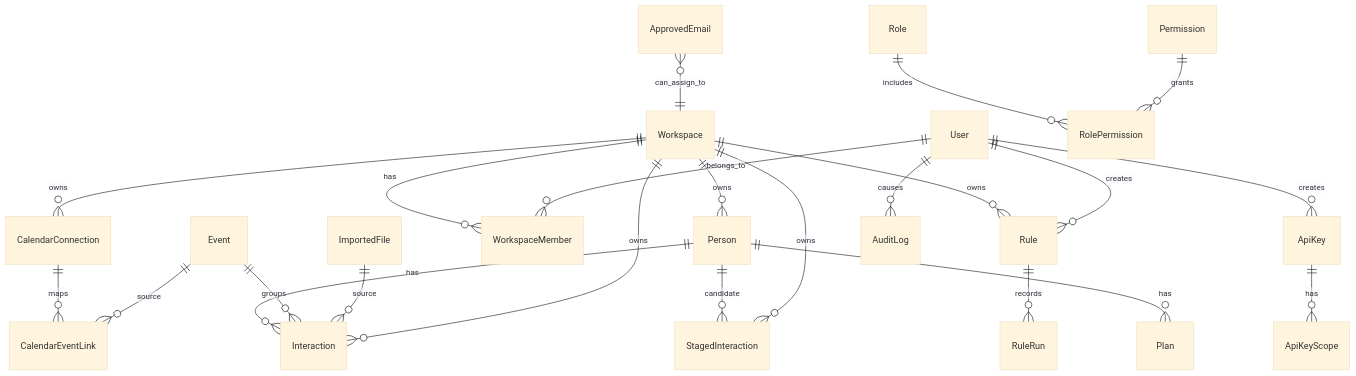
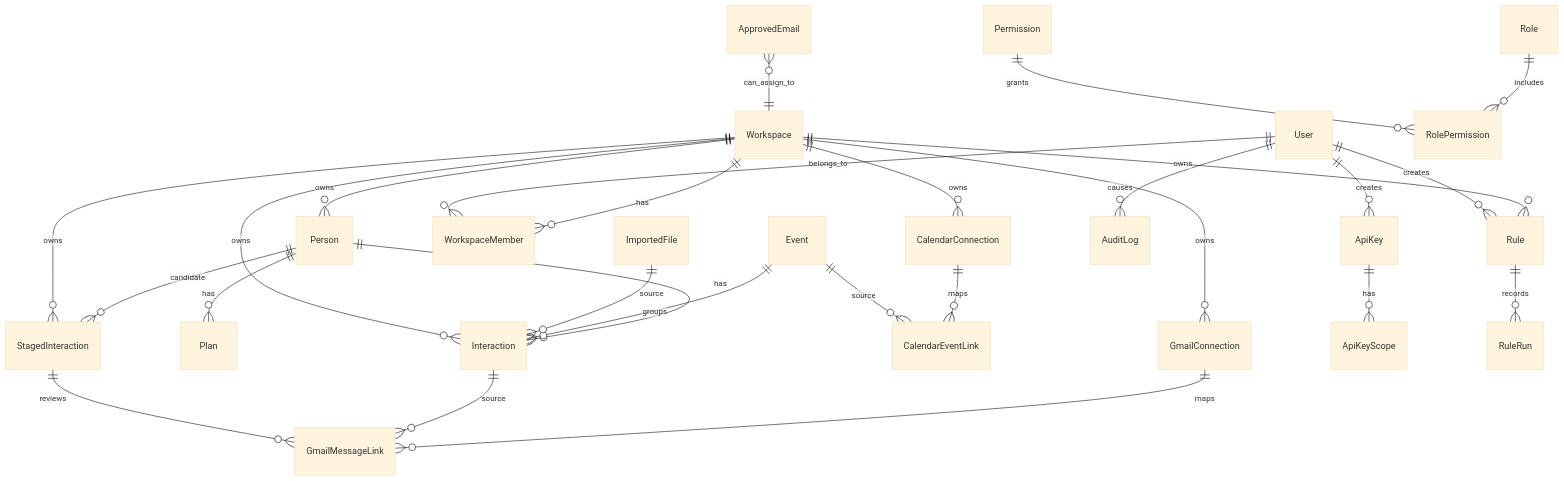
Before and after one commit to josephdfryer/life-os: diagram 15 of 18 in docs/PERSONS_ARCHITECTURE.md, drawn with Mermaid (base theme). The commit also changed other lines of this file and 22 other files, not shown here.

````diff
--- a/docs/PERSONS_ARCHITECTURE.md
+++ b/docs/PERSONS_ARCHITECTURE.md
@@ -382,26 +412,30 @@
 ```mermaid
 erDiagram
   Person ||--o{ Interaction : has
   Event ||--o{ Interaction : groups
   Person ||--o{ Plan : has
   Person ||--o{ StagedInteraction : candidate
   ImportedFile ||--o{ Interaction : source
 
   Workspace ||--o{ WorkspaceMember : has
   Workspace ||--o{ Person : owns
   Workspace ||--o{ Interaction : owns
   Workspace ||--o{ StagedInteraction : owns
   Workspace ||--o{ Rule : owns
   Workspace ||--o{ CalendarConnection : owns
   CalendarConnection ||--o{ CalendarEventLink : maps
   Event ||--o{ CalendarEventLink : source
+  Workspace ||--o{ GmailConnection : owns
+  GmailConnection ||--o{ GmailMessageLink : maps
+  Interaction ||--o{ GmailMessageLink : source
+  StagedInteraction ||--o{ GmailMessageLink : reviews
   ApprovedEmail }o--|| Workspace : can_assign_to
   User ||--o{ ApiKey : creates
   User ||--o{ WorkspaceMember : belongs_to
   User ||--o{ AuditLog : causes
   User ||--o{ Rule : creates
   Role ||--o{ RolePermission : includes
   Permission ||--o{ RolePermission : grants
   ApiKey ||--o{ ApiKeyScope : has
   Rule ||--o{ RuleRun : records
 ```
````
